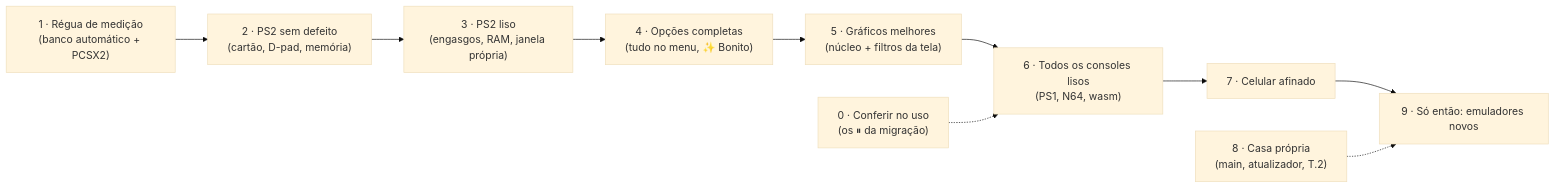
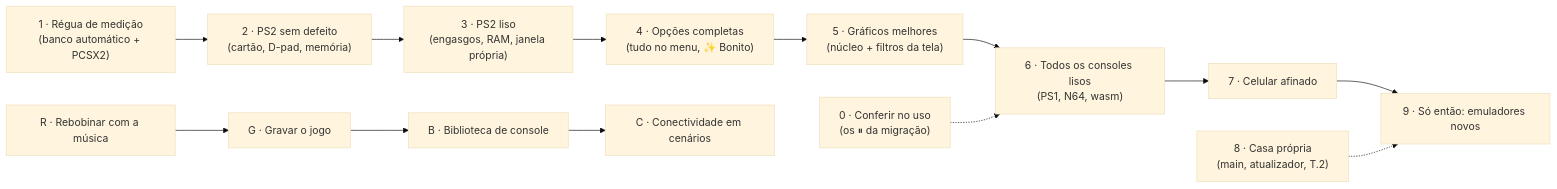
Before and after one commit to Marcelao98/KOFstation: the diagram in docs/ROADMAP.md, drawn with Mermaid (base theme). The commit also changed other lines of this file and 6 other files, not shown here.

First line of the commit message:
Revisão da documentação depois das fases R, G e B: inconsistências do roadmap, nome de jogo fora do JORNAL, situação de 19/11

````diff
--- a/docs/ROADMAP.md
+++ b/docs/ROADMAP.md
@@ -23,16 +23,21 @@
 ```mermaid
 flowchart LR
   F0["0 · Conferir no uso<br/>(os ⏸ da migração)"]
   F1["1 · Régua de medição<br/>(banco automático + PCSX2)"]
   F2["2 · PS2 sem defeito<br/>(cartão, D-pad, memória)"]
   F3["3 · PS2 liso<br/>(engasgos, RAM, janela própria)"]
   F4["4 · Opções completas<br/>(tudo no menu, ✨ Bonito)"]
   F5["5 · Gráficos melhores<br/>(núcleo + filtros da tela)"]
   F6["6 · Todos os consoles lisos<br/>(PS1, N64, wasm)"]
   F7["7 · Celular afinado"]
   F8["8 · Casa própria<br/>(main, atualizador, T.2)"]
   F9["9 · Só então: emuladores novos"]
+  FR["R · Rebobinar com a música"]
+  FG["G · Gravar o jogo"]
+  FB["B · Biblioteca de console"]
+  FC["C · Conectividade em cenários"]
   F1 --> F2 --> F3 --> F4 --> F5 --> F6 --> F7 --> F9
   F0 -.-> F6
   F8 -.-> F9
+  FR --> FG --> FB --> FC
 ```
````
